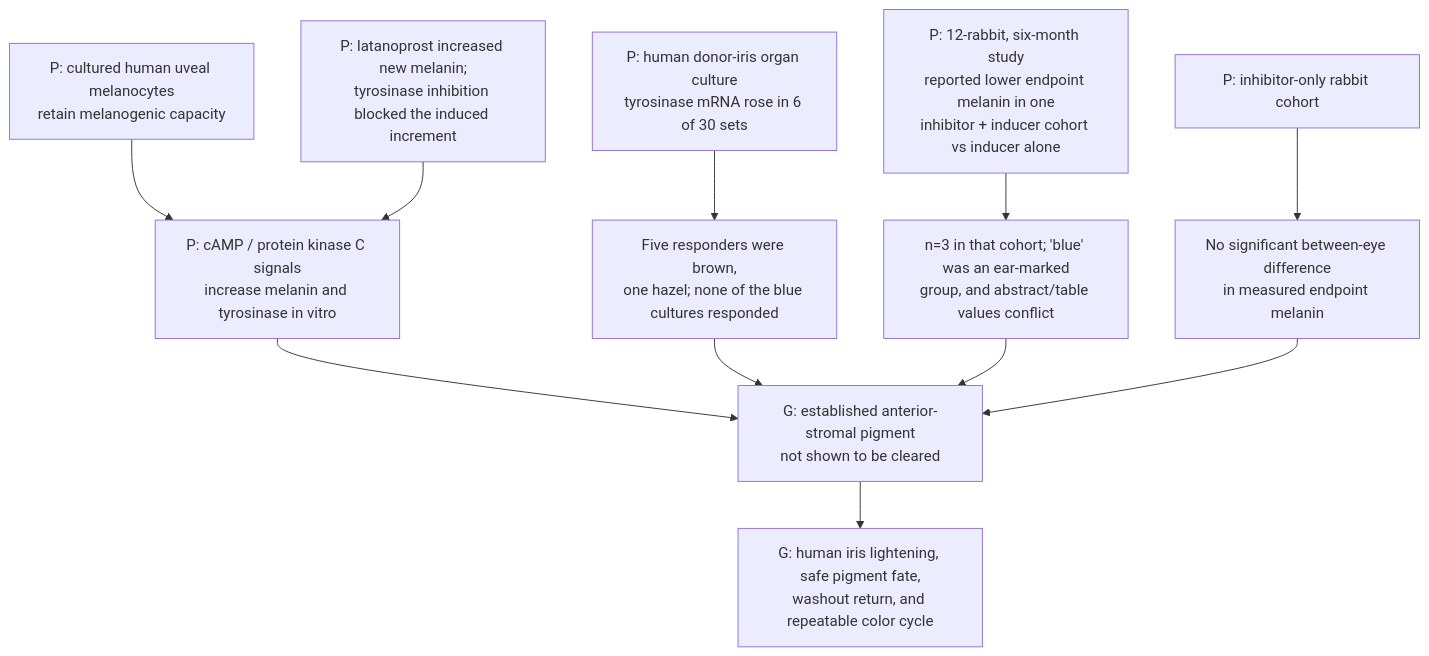
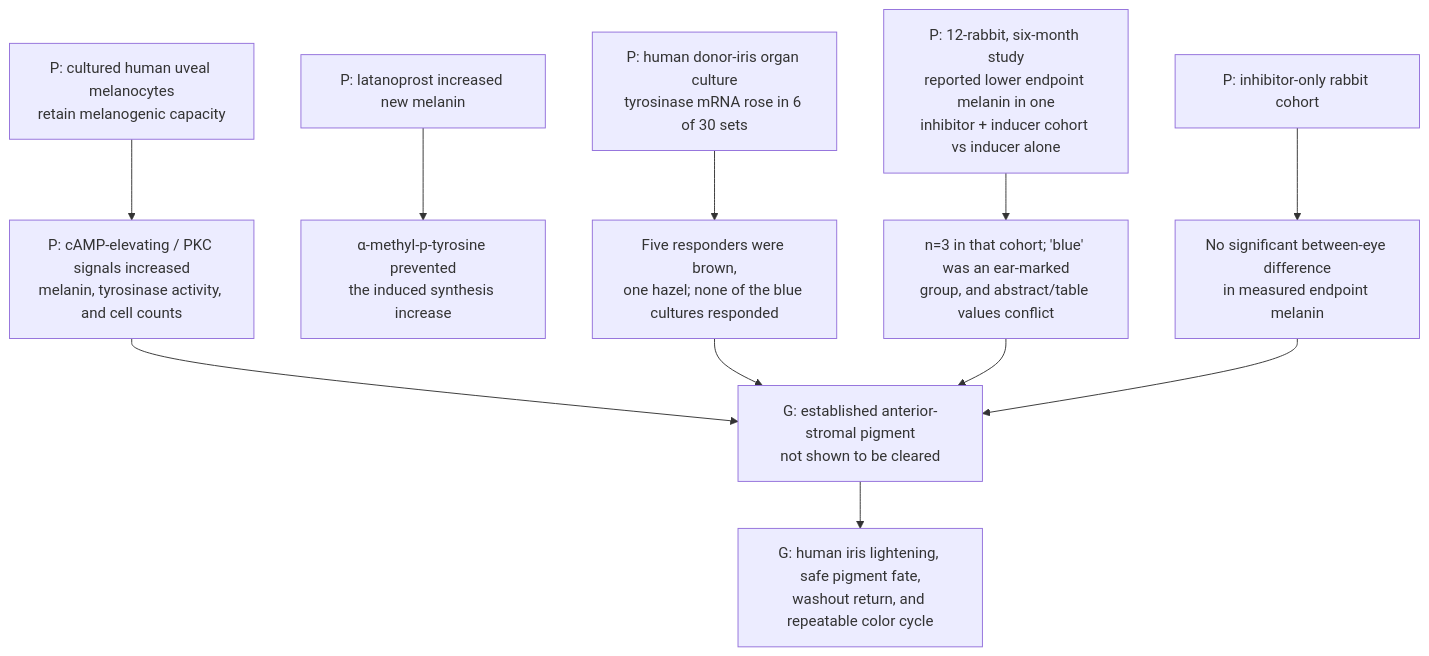
One commit to dylanstechmann/iris-color-without-contacts changed diagram 14 of 32 in research/tissue-pigment-atlas.md. Above: the diagram before and after it, drawn with Mermaid. The commit also changed other lines of this file, not shown here.

Commit message:
Clarify iris inhibitor evidence and target selectivity

````diff
--- a/research/tissue-pigment-atlas.md
+++ b/research/tissue-pigment-atlas.md
@@ -385,15 +385,15 @@
 ```mermaid
 flowchart TD
-    A["P: cultured human uveal melanocytes<br/>retain melanogenic capacity"] --> B["P: cAMP / protein kinase C signals<br/>increase melanin and tyrosinase in vitro"]
-    C["P: latanoprost increased new melanin;<br/>tyrosinase inhibition blocked the induced increment"] --> B
+    A["P: cultured human uveal melanocytes<br/>retain melanogenic capacity"] --> B["P: cAMP-elevating / PKC signals increased<br/>melanin, tyrosinase activity, and cell counts"]
+    C["P: latanoprost increased new melanin"] --> C1["α-methyl-p-tyrosine prevented<br/>the induced synthesis increase"]
     D["P: human donor-iris organ culture<br/>tyrosinase mRNA rose in 6 of 30 sets"]
     D --> E["Five responders were brown,<br/>one hazel; none of the blue cultures responded"]
     F["P: 12-rabbit, six-month study<br/>reported lower endpoint melanin in one<br/>inhibitor + inducer cohort vs inducer alone"]
     F --> F1["n=3 in that cohort; 'blue' was an ear-marked<br/>group, and abstract/table values conflict"]
     G["P: inhibitor-only rabbit cohort"] --> G1["No significant between-eye difference<br/>in measured endpoint melanin"]
     B --> H["G: established anterior-stromal pigment<br/>not shown to be cleared"]
     E --> H
     F1 --> H
     G1 --> H
     H --> I["G: human iris lightening, safe pigment fate,<br/>washout return, and repeatable color cycle"]
 ```
````
